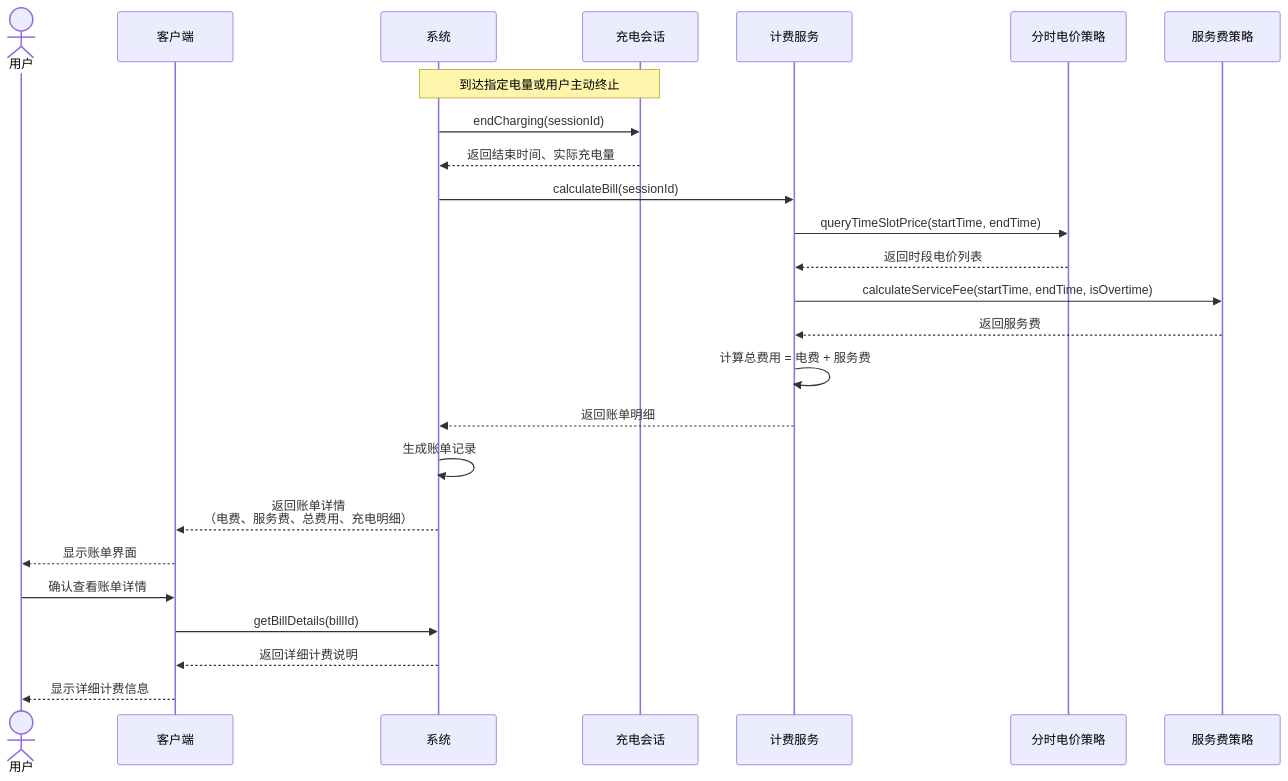
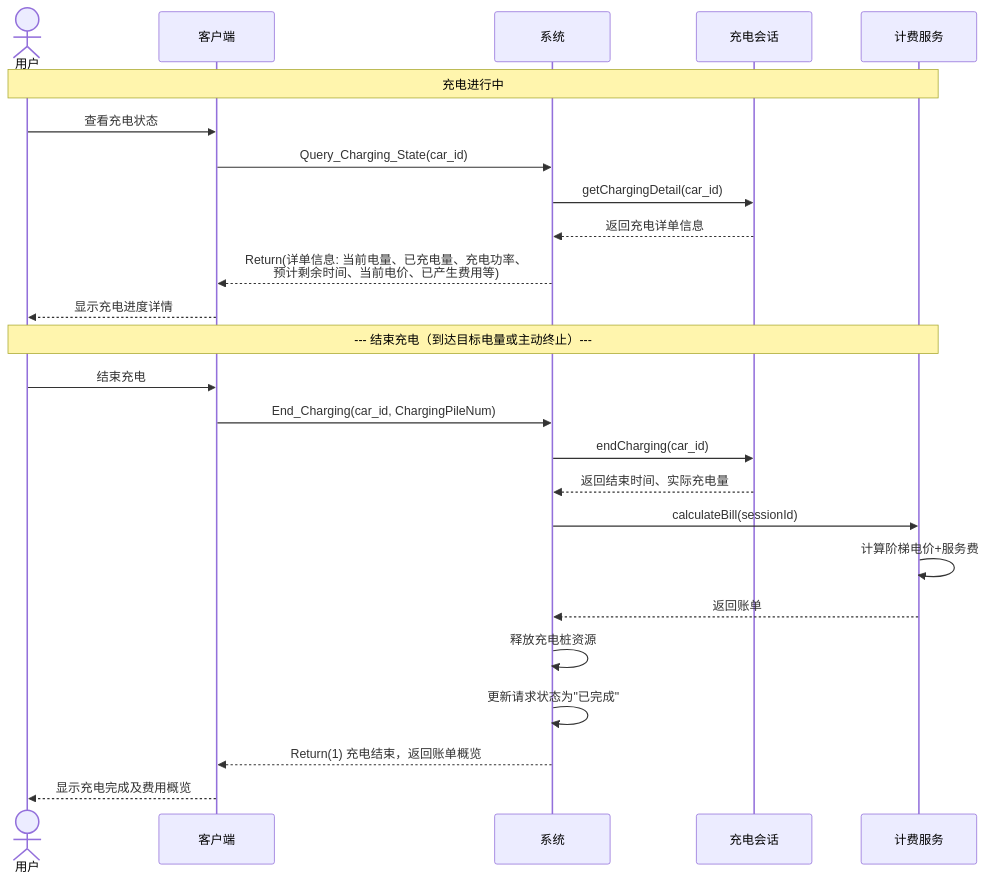
One commit to DuHaoyang626/charge-system changed the sixth of 19 diagrams in docs/用例模型.md. Above: the diagram before and after it, drawn with Mermaid. The commit also changed other lines of this file and 4 other files, not shown here.

````diff
--- a/docs/用例模型.md
+++ b/docs/用例模型.md
@@ -181,33 +301,35 @@
 ```mermaid
 sequenceDiagram
     actor User as 用户
     participant Client as 客户端
     participant System as 系统
     participant Session as 充电会话
     participant Billing as 计费服务
-    participant Tariff as 分时电价策略
-    participant ServiceFee as 服务费策略
     
-    Note over System,Session: 到达指定电量或用户主动终止
+    Note over User,Billing: 充电进行中
     
-    System->>Session: endCharging(sessionId)
+    User->>Client: 查看充电状态
+    Client->>System: Query_Charging_State(car_id)
+    System->>Session: getChargingDetail(car_id)
+    Session-->>System: 返回充电详单信息
+    System-->>Client: Return(详单信息: 当前电量、已充电量、充电功率、<br/>预计剩余时间、当前电价、已产生费用等)
+    Client-->>User: 显示充电进度详情
+    
+    Note over User,Billing: --- 结束充电（到达目标电量或主动终止）---
+    
+    User->>Client: 结束充电
+    Client->>System: End_Charging(car_id, ChargingPileNum)
+    
+    System->>Session: endCharging(car_id)
     Session-->>System: 返回结束时间、实际充电量
     
     System->>Billing: calculateBill(sessionId)
-    Billing->>Tariff: queryTimeSlotPrice(startTime, endTime)
-    Tariff-->>Billing: 返回时段电价列表
-    Billing->>ServiceFee: calculateServiceFee(startTime, endTime, isOvertime)
-    ServiceFee-->>Billing: 返回服务费
+    Billing->>Billing: 计算阶梯电价+服务费
+    Billing-->>System: 返回账单
     
-    Billing->>Billing: 计算总费用 = 电费 + 服务费
-    Billing-->>System: 返回账单明细
+    System->>System: 释放充电桩资源
+    System->>System: 更新请求状态为"已完成"
     
-    System->>System: 生成账单记录
-    System-->>Client: 返回账单详情<br/>（电费、服务费、总费用、充电明细）
-    Client-->>User: 显示账单界面
-    
-    User->>Client: 确认查看账单详情
-    Client->>System: getBillDetails(billId)
-    System-->>Client: 返回详细计费说明
-    Client-->>User: 显示详细计费信息
+    System-->>Client: Return(1) 充电结束，返回账单概览
+    Client-->>User: 显示充电完成及费用概览
 ```
````
